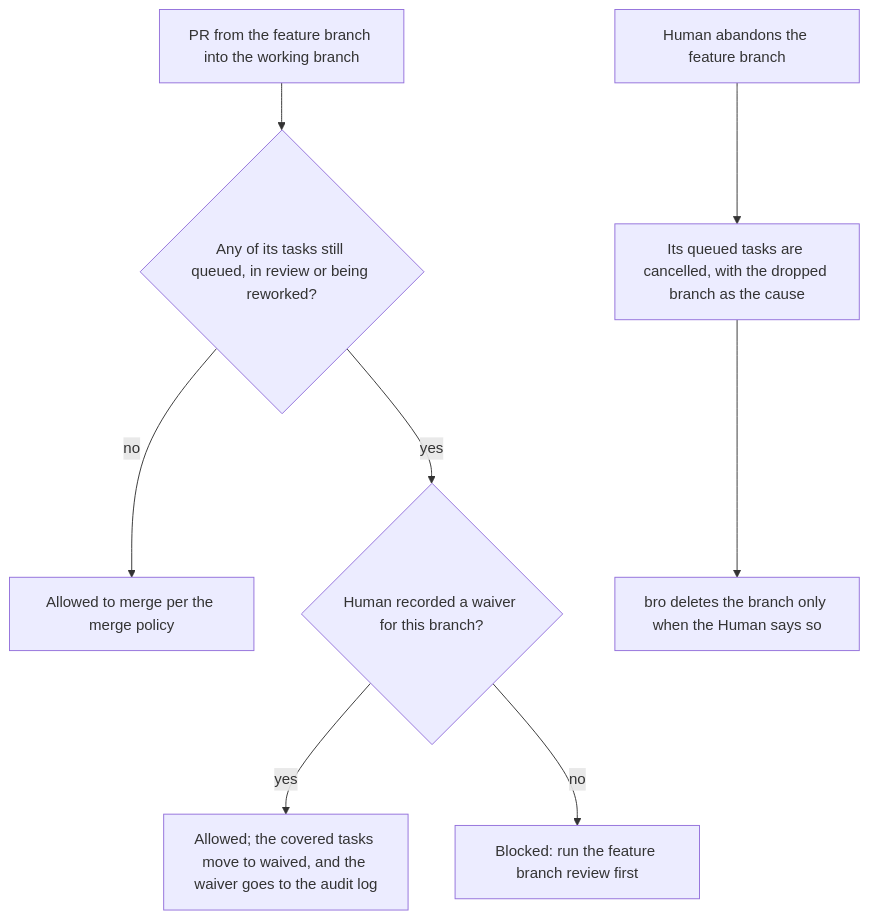
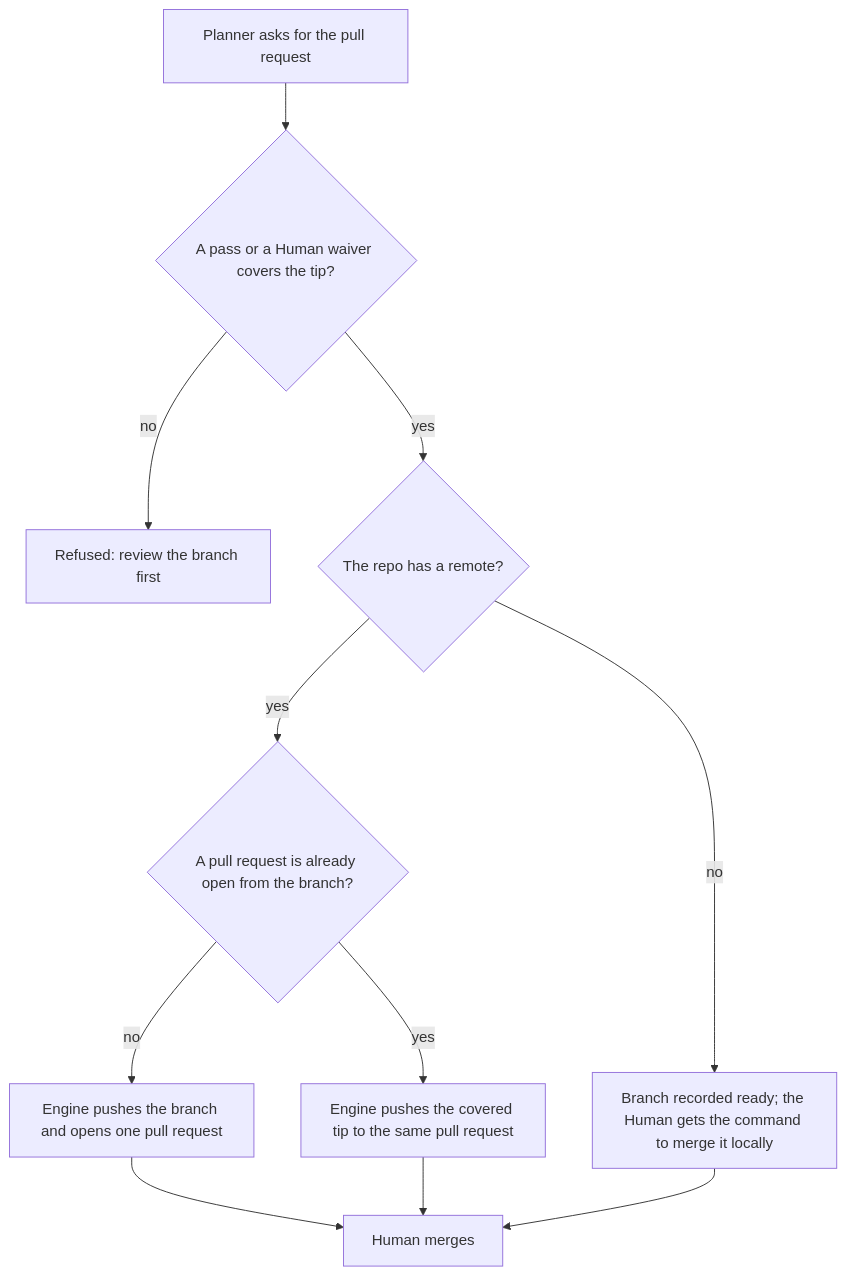
The seventh of 8 diagrams in docs/architecture/AGILE.md (trustmybot/tmb), drawn with Mermaid before and after one commit. The commit also changed other lines of this file and 38 other files, not shown here.

````diff
--- a/docs/architecture/AGILE.md
+++ b/docs/architecture/AGILE.md
@@ -189,10 +175,13 @@
 ```mermaid
 flowchart TD
-    A[PR from the feature branch into the working branch] --> B{Any of its tasks still queued, in review or being reworked?}
-    B -- no --> OK[Allowed to merge per the merge policy]
-    B -- yes --> W{Human recorded a waiver for this branch?}
-    W -- yes --> L[Allowed; the covered tasks move to waived, and the waiver goes to the audit log]
-    W -- no --> X[Blocked: run the feature branch review first]
-    D[Human abandons the feature branch] --> E[Its queued tasks are cancelled, with the dropped branch as the cause]
-    E --> F[bro deletes the branch only when the Human says so]
+    A[Planner asks for the pull request] --> B{"A pass or a Human waiver covers the tip?"}
+    B -- no --> X[Refused: review the branch first]
+    B -- yes --> R{The repo has a remote?}
+    R -- yes --> O{A pull request is already open from the branch?}
+    O -- no --> N[Engine pushes the branch and opens one pull request]
+    O -- yes --> S[Engine pushes the covered tip to the same pull request]
+    R -- no --> RD[Branch recorded ready; the Human gets the command to merge it locally]
+    N --> M[Human merges]
+    S --> M
+    RD --> M
 ```
````
